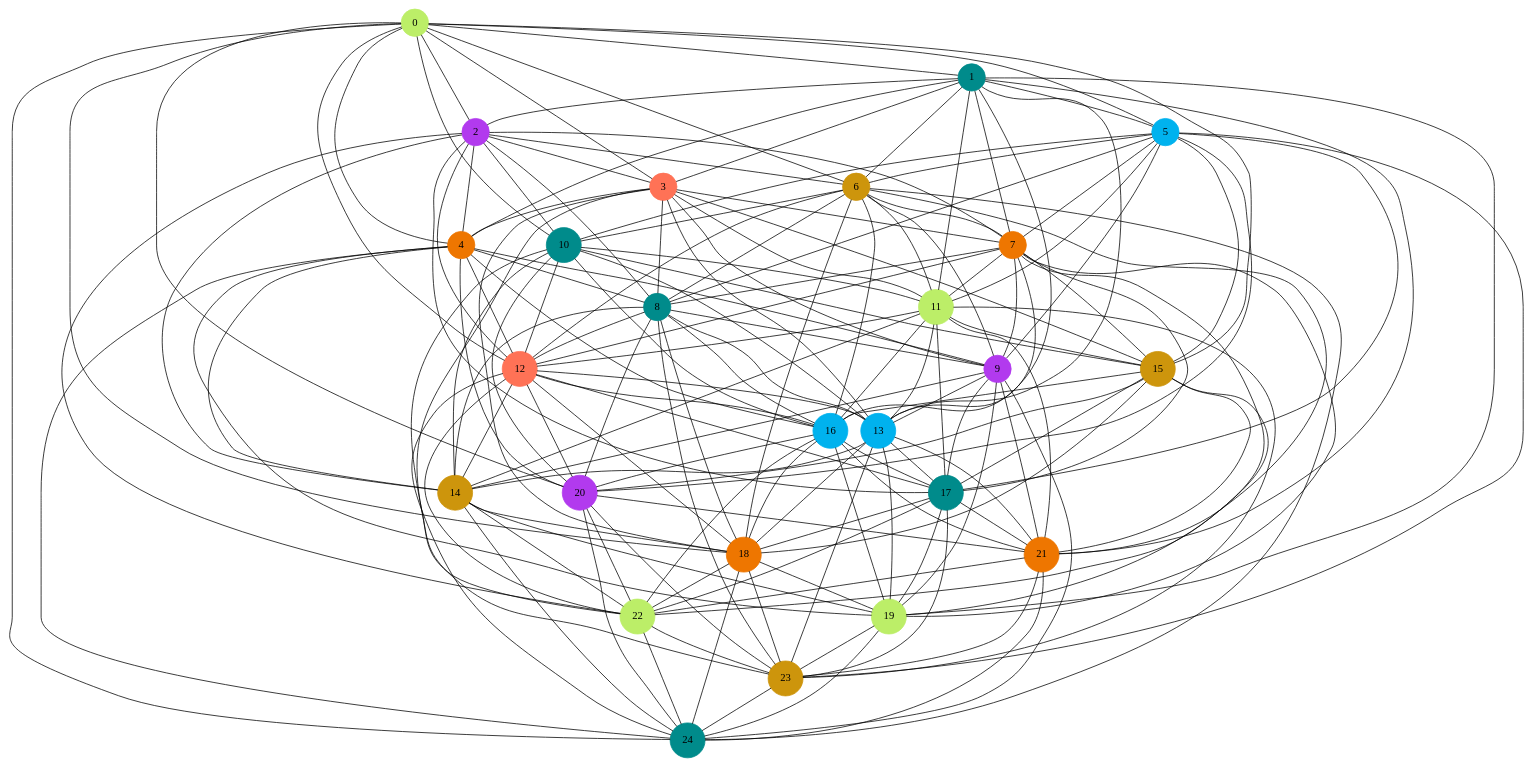
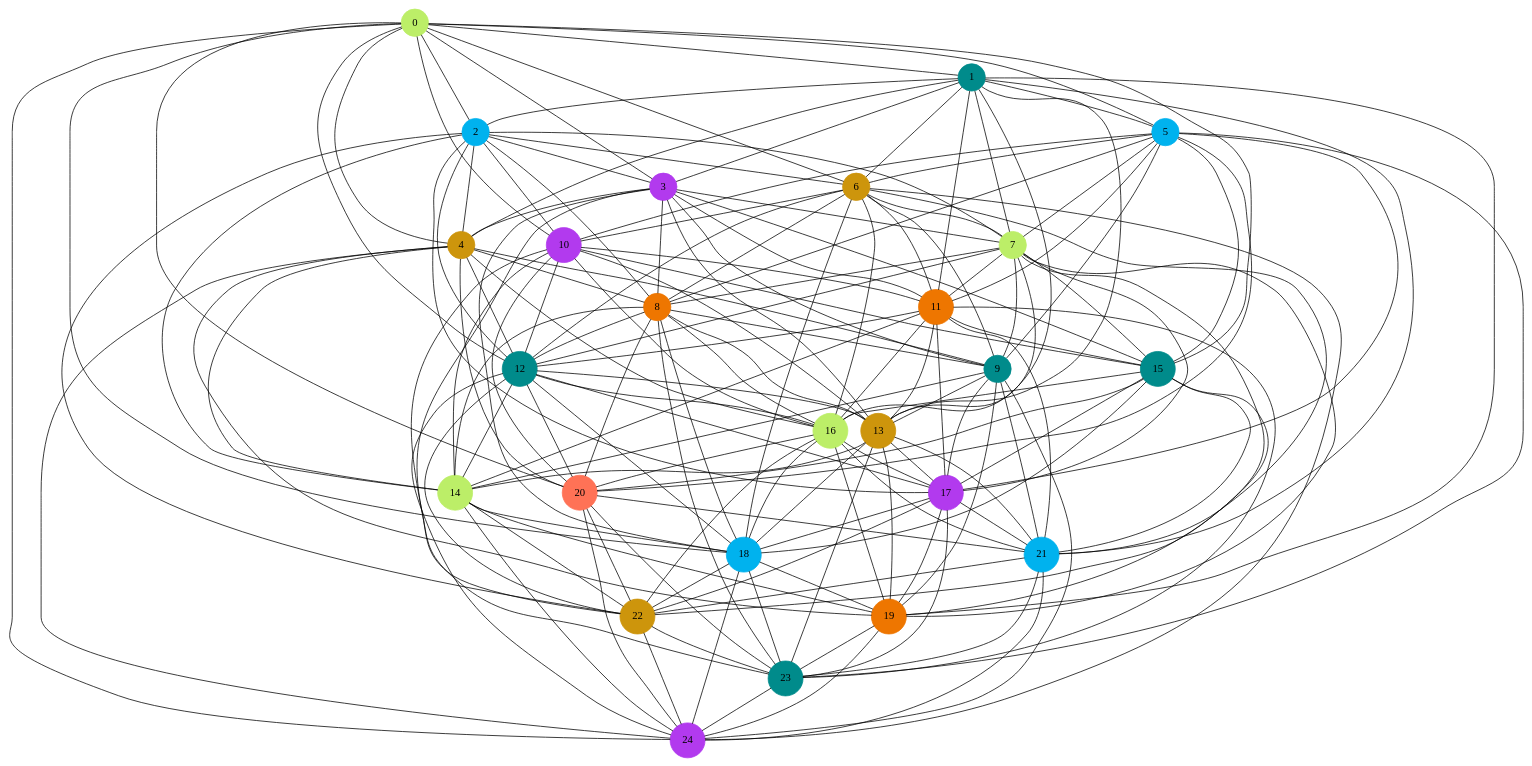
One commit to LeaChemoul/ColorationGraphesProjet changed the diagram in graph/graph_wp_decroiss.dot. Above: the diagram before and after it, drawn with Graphviz. The commit also changed 51 other files, not shown here.

Commit message:
Correction de la structure de graphe et des algorithmes de tris

```diff
--- a/graph/graph_wp_decroiss.dot
+++ b/graph/graph_wp_decroiss.dot
@@ -1,187 +1,187 @@
 graph G {
 0 [shape=circle, style=filled, color= darkolivegreen2];
 0 -- 6;
 0 -- 12;
 0 -- 18;
 0 -- 24;
 0 -- 1;
 0 -- 2;
 0 -- 3;
 0 -- 4;
 0 -- 5;
 0 -- 10;
 0 -- 15;
 0 -- 20;
 1 [shape=circle, style=filled, color= cyan4];
 1 -- 7;
 1 -- 13;
 1 -- 19;
 1 -- 5;
 1 -- 2;
 1 -- 3;
 1 -- 4;
 1 -- 6;
 1 -- 11;
 1 -- 16;
 1 -- 21;
-2 [shape=circle, style=filled, color= darkorchid2];
+2 [shape=circle, style=filled, color= deepskyblue2];
 2 -- 8;
 2 -- 14;
 2 -- 6;
 2 -- 10;
 2 -- 3;
 2 -- 4;
 2 -- 7;
 2 -- 12;
 2 -- 17;
 2 -- 22;
-3 [shape=circle, style=filled, color= coral1];
+3 [shape=circle, style=filled, color= darkorchid2];
 3 -- 9;
 3 -- 7;
 3 -- 11;
 3 -- 15;
 3 -- 4;
 3 -- 8;
 3 -- 13;
 3 -- 18;
 3 -- 23;
-4 [shape=circle, style=filled, color= darkorange2];
+4 [shape=circle, style=filled, color= darkgoldenrod3];
 4 -- 8;
 4 -- 12;
 4 -- 16;
 4 -- 20;
 4 -- 9;
 4 -- 14;
 4 -- 19;
 4 -- 24;
 5 [shape=circle, style=filled, color= deepskyblue2];
 5 -- 11;
 5 -- 17;
 5 -- 23;
 5 -- 6;
 5 -- 7;
 5 -- 8;
 5 -- 9;
 5 -- 10;
 5 -- 15;
 5 -- 20;
 6 [shape=circle, style=filled, color= darkgoldenrod3];
 6 -- 12;
 6 -- 18;
 6 -- 24;
 6 -- 10;
 6 -- 7;
 6 -- 8;
 6 -- 9;
 6 -- 11;
 6 -- 16;
 6 -- 21;
-7 [shape=circle, style=filled, color= darkorange2];
+7 [shape=circle, style=filled, color= darkolivegreen2];
 7 -- 13;
 7 -- 19;
 7 -- 11;
 7 -- 15;
 7 -- 8;
 7 -- 9;
 7 -- 12;
 7 -- 17;
 7 -- 22;
-8 [shape=circle, style=filled, color= cyan4];
+8 [shape=circle, style=filled, color= darkorange2];
 8 -- 14;
 8 -- 12;
 8 -- 16;
 8 -- 20;
 8 -- 9;
 8 -- 13;
 8 -- 18;
 8 -- 23;
-9 [shape=circle, style=filled, color= darkorchid2];
+9 [shape=circle, style=filled, color= cyan4];
 9 -- 13;
 9 -- 17;
 9 -- 21;
 9 -- 14;
 9 -- 19;
 9 -- 24;
-10 [shape=circle, style=filled, color= cyan4];
+10 [shape=circle, style=filled, color= darkorchid2];
 10 -- 16;
 10 -- 22;
 10 -- 11;
 10 -- 12;
 10 -- 13;
 10 -- 14;
 10 -- 15;
 10 -- 20;
-11 [shape=circle, style=filled, color= darkolivegreen2];
+11 [shape=circle, style=filled, color= darkorange2];
 11 -- 17;
 11 -- 23;
 11 -- 15;
 11 -- 12;
 11 -- 13;
 11 -- 14;
 11 -- 16;
 11 -- 21;
-12 [shape=circle, style=filled, color= coral1];
+12 [shape=circle, style=filled, color= cyan4];
 12 -- 18;
 12 -- 24;
 12 -- 16;
 12 -- 20;
 12 -- 13;
 12 -- 14;
 12 -- 17;
 12 -- 22;
-13 [shape=circle, style=filled, color= deepskyblue2];
+13 [shape=circle, style=filled, color= darkgoldenrod3];
 13 -- 19;
 13 -- 17;
 13 -- 21;
 13 -- 14;
 13 -- 18;
 13 -- 23;
-14 [shape=circle, style=filled, color= darkgoldenrod3];
+14 [shape=circle, style=filled, color= darkolivegreen2];
 14 -- 18;
 14 -- 22;
 14 -- 19;
 14 -- 24;
-15 [shape=circle, style=filled, color= darkgoldenrod3];
+15 [shape=circle, style=filled, color= cyan4];
 15 -- 21;
 15 -- 16;
 15 -- 17;
 15 -- 18;
 15 -- 19;
 15 -- 20;
-16 [shape=circle, style=filled, color= deepskyblue2];
+16 [shape=circle, style=filled, color= darkolivegreen2];
 16 -- 22;
 16 -- 20;
 16 -- 17;
 16 -- 18;
 16 -- 19;
 16 -- 21;
-17 [shape=circle, style=filled, color= cyan4];
+17 [shape=circle, style=filled, color= darkorchid2];
 17 -- 23;
 17 -- 21;
 17 -- 18;
 17 -- 19;
 17 -- 22;
-18 [shape=circle, style=filled, color= darkorange2];
+18 [shape=circle, style=filled, color= deepskyblue2];
 18 -- 24;
 18 -- 22;
 18 -- 19;
 18 -- 23;
-19 [shape=circle, style=filled, color= darkolivegreen2];
+19 [shape=circle, style=filled, color= darkorange2];
 19 -- 23;
 19 -- 24;
-20 [shape=circle, style=filled, color= darkorchid2];
+20 [shape=circle, style=filled, color= coral1];
 20 -- 21;
 20 -- 22;
 20 -- 23;
 20 -- 24;
-21 [shape=circle, style=filled, color= darkorange2];
+21 [shape=circle, style=filled, color= deepskyblue2];
 21 -- 22;
 21 -- 23;
 21 -- 24;
-22 [shape=circle, style=filled, color= darkolivegreen2];
+22 [shape=circle, style=filled, color= darkgoldenrod3];
 22 -- 23;
 22 -- 24;
-23 [shape=circle, style=filled, color= darkgoldenrod3];
+23 [shape=circle, style=filled, color= cyan4];
 23 -- 24;
-24 [shape=circle, style=filled, color= cyan4];
+24 [shape=circle, style=filled, color= darkorchid2];
 }
```
